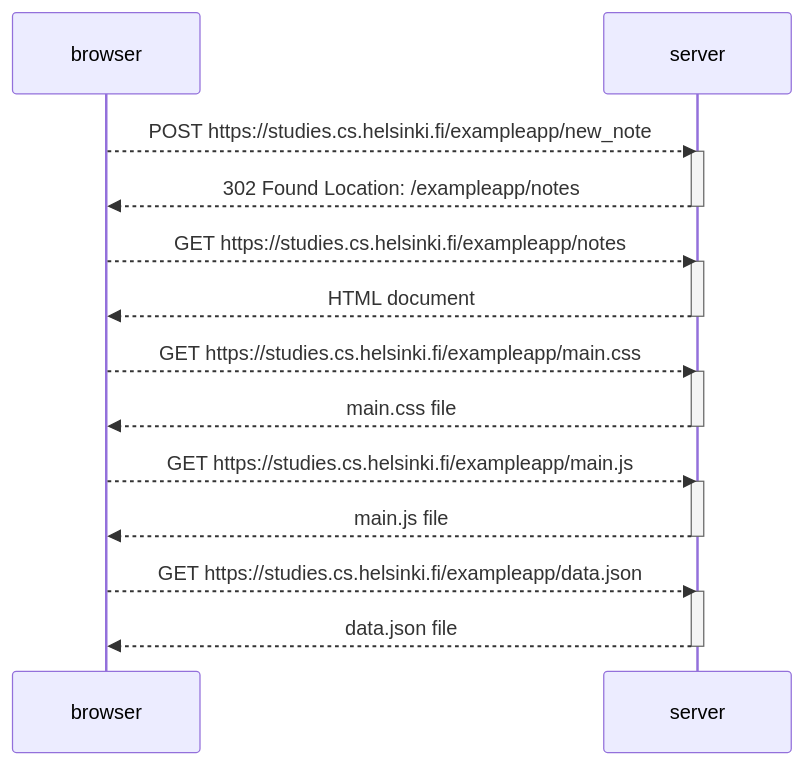
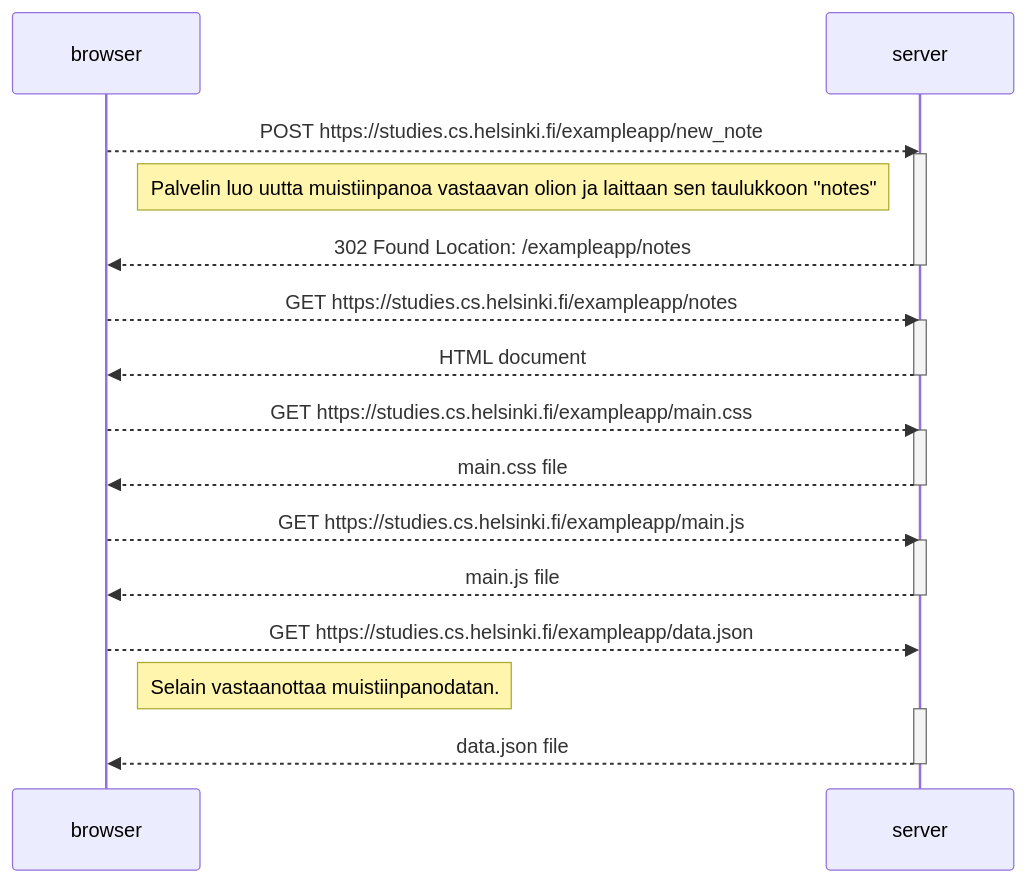
The diagram in osa0/0-4.md (ogdakke/fullstackopen), drawn with Mermaid before and after one commit.

Commit message:
2 commit

````diff
--- a/osa0/0-4.md
+++ b/osa0/0-4.md
@@ -1,30 +1,37 @@
 ```mermaid
-sequenceDiagram;
+sequenceDiagram
   participant browser
   participant server
 
   browser-->>server: POST https://studies.cs.helsinki.fi/exampleapp/new_note
   activate server
+
+  note left of server:Palvelin luo uutta muistiinpanoa vastaavan olion ja laittaan sen taulukkoon "notes"  
+  
   server-->>browser: 302 Found Location: /exampleapp/notes
   deactivate server
+
 
   browser-->>server: GET https://studies.cs.helsinki.fi/exampleapp/notes
   activate server
   server-->>browser: HTML document
   deactivate server
 
   browser-->>server: GET https://studies.cs.helsinki.fi/exampleapp/main.css
   activate server
   server-->>browser: main.css file
   deactivate server
 
   browser-->>server: GET https://studies.cs.helsinki.fi/exampleapp/main.js
   activate server
   server-->>browser: main.js file
   deactivate server
   
   browser-->>server: GET https://studies.cs.helsinki.fi/exampleapp/data.json
+
+  note right of browser: Selain vastaanottaa muistiinpanodatan.
+
   activate server
   server-->>browser: data.json file
   deactivate server
 ```
````
